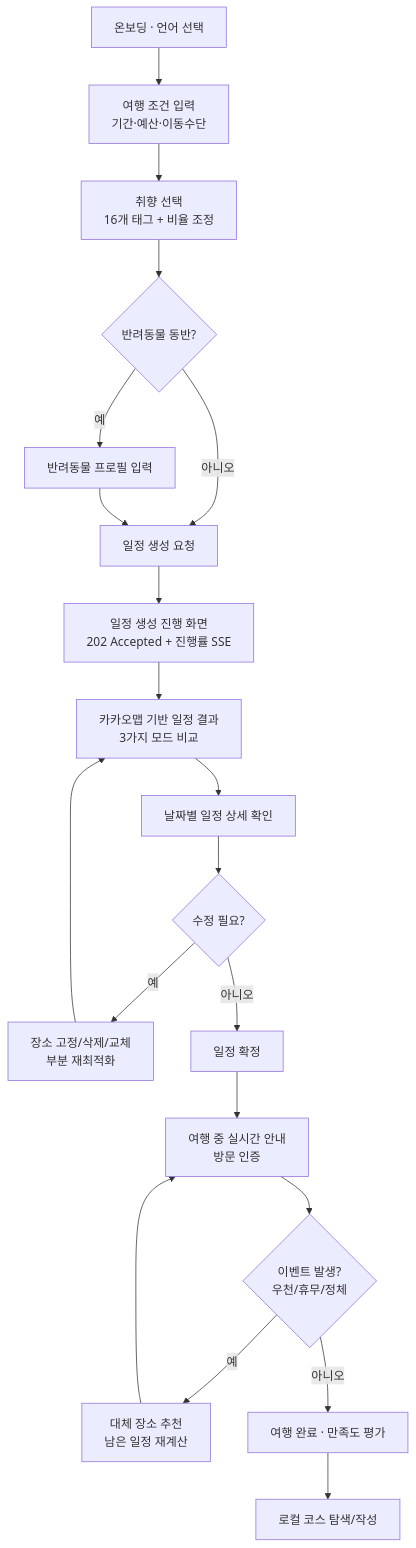
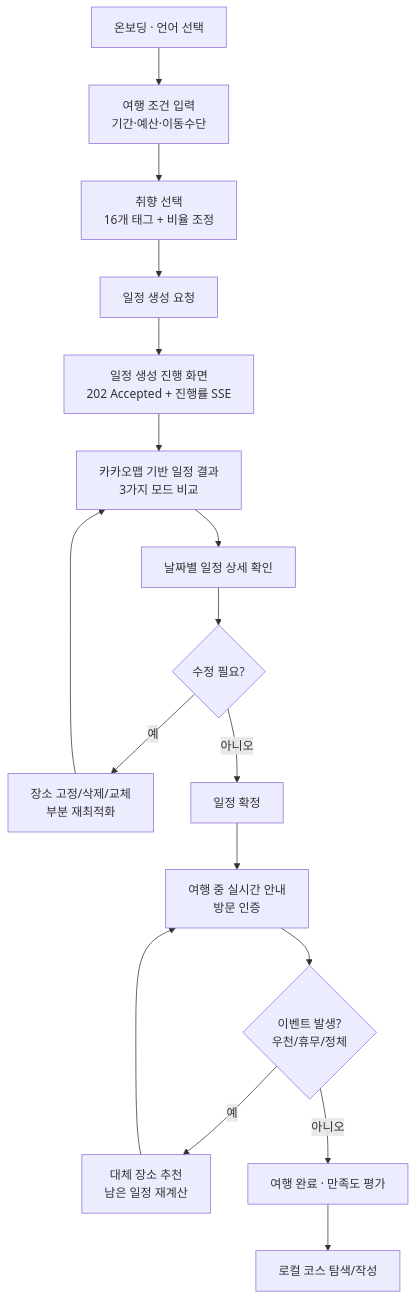
Before and after one commit to yeaseunglee96-rgb/LOCAL_ROUTE_DEMO: the first of 6 diagrams in LOCAL_ROUTE_기획서_v2.md, drawn with Mermaid. The commit also changed other lines of this file and 69 other files, not shown here.

````diff
--- a/LOCAL_ROUTE_기획서_v2.md
+++ b/LOCAL_ROUTE_기획서_v2.md
@@ -266,22 +259,19 @@
 ```mermaid
 flowchart TD
     A[온보딩 · 언어 선택] --> B[여행 조건 입력\n기간·예산·이동수단]
     B --> C[취향 선택\n16개 태그 + 비율 조정]
-    C --> D{반려동물 동반?}
-    D -- 예 --> E[반려동물 프로필 입력]
-    D -- 아니오 --> F[일정 생성 요청]
-    E --> F
+    C --> F[일정 생성 요청]
     F --> G[일정 생성 진행 화면\n202 Accepted + 진행률 SSE]
     G --> H[카카오맵 기반 일정 결과\n3가지 모드 비교]
     H --> I[날짜별 일정 상세 확인]
     I --> J{수정 필요?}
     J -- 예 --> K[장소 고정/삭제/교체\n부분 재최적화]
     K --> H
     J -- 아니오 --> L[일정 확정]
     L --> M[여행 중 실시간 안내\n방문 인증]
     M --> N{이벤트 발생?\n우천/휴무/정체}
     N -- 예 --> O[대체 장소 추천\n남은 일정 재계산]
     O --> M
     N -- 아니오 --> P[여행 완료 · 만족도 평가]
     P --> Q[로컬 코스 탐색/작성]
 ```
````
